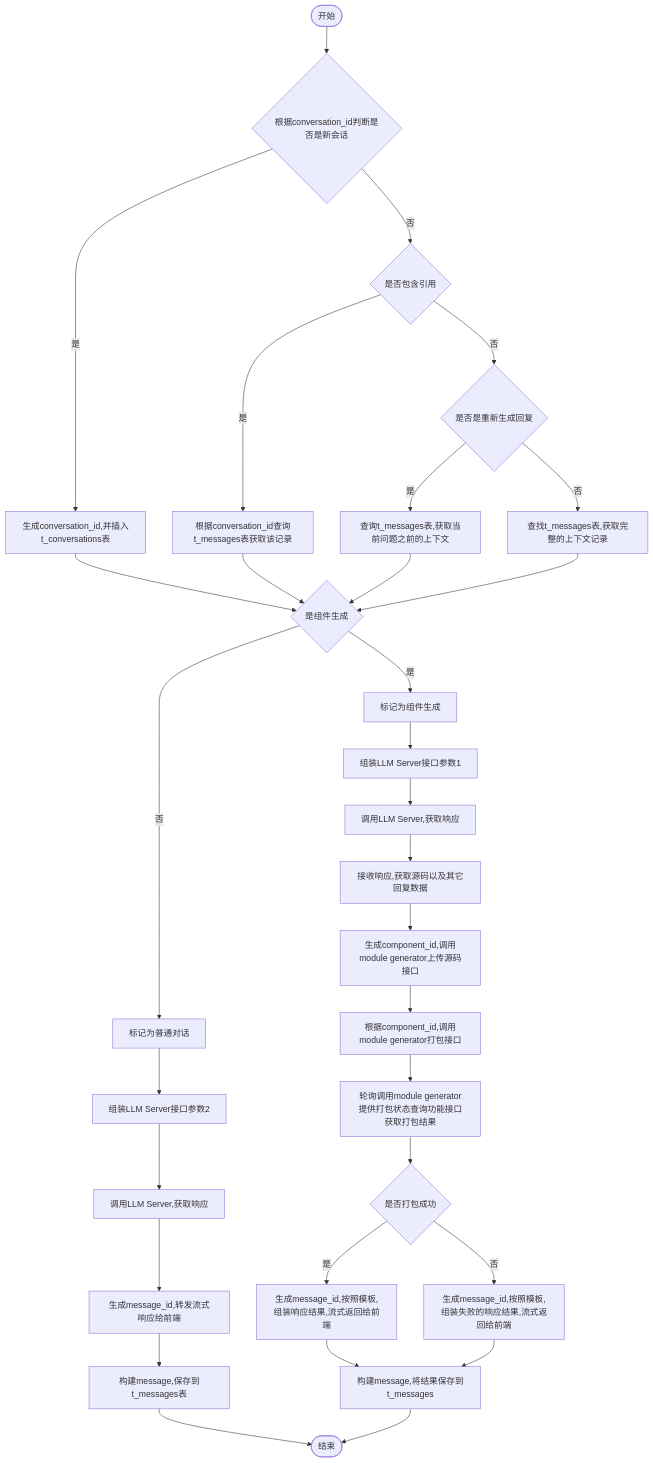
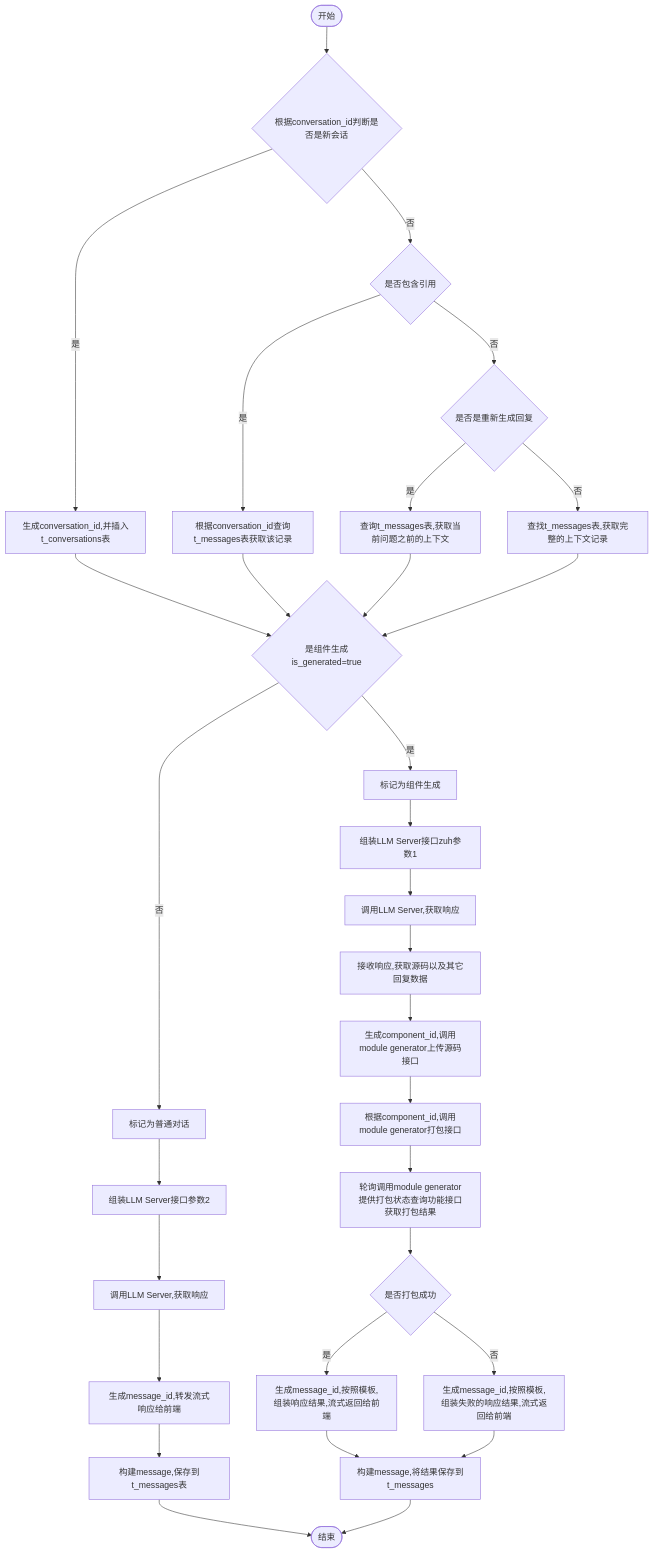
Before and after one commit to yingjianzh/iodraw-files: the diagram in all/v0.1.0会话.md, drawn with Mermaid.

Commit message:
2024-10-12 17:17:49 update

````diff
--- a/all/v0.1.0会话.md
+++ b/all/v0.1.0会话.md
@@ -1,34 +1,34 @@
 ```mermaid
 flowchart TD
     A([开始]) --> B{根据conversation_id判断是否是新会话}
     B -- 是 --> C[生成conversation_id,并插入t_conversations表]
     B -- 否 --> D{是否包含引用}
     D -- 是 --> E[根据conversation_id查询t_messages表获取该记录]
     D -- 否 --> F{是否是重新生成回复}
     F -- 是 --> G[查询t_messages表,获取当前问题之前的上下文]
     F -- 否 --> H[查找t_messages表,获取完整的上下文记录]
      
-    C & E & G & H --> I{是组件生成}
+    C & E & G & H --> I{是组件生成is_generated=true}
     I -- 是 --> J[标记为组件生成]
     I -- 否 --> K[标记为普通对话]
 
-    J --> L[组装LLM Server接口参数1]    
+    J --> L[组装LLM Server接口zuh参数1]    
     K --> M[组装LLM Server接口参数2]    
     M --> N[调用LLM Server,获取响应]    
     N --> O[生成message_id,转发流式响应给前端]
     O --> P[构建message,保存到t_messages表]
     P --> R([结束])
 
 
     L --> S[调用LLM Server,获取响应]
     S --> T[接收响应,获取源码以及其它回复数据]
     T --> U[生成component_id,调用module generator上传源码接口]
     U --> V[根据component_id,调用module generator打包接口]
     V --> W[轮询调用module generator提供打包状态查询功能接口获取打包结果]
     W --> X{是否打包成功}
     X -- 是 --> Y[生成message_id,按照模板,组装响应结果,流式返回给前端]
     X -- 否 --> Z[生成message_id,按照模板,组装失败的响应结果,流式返回给前端]
 
     Y & Z --> Result[构建message,将结果保存到t_messages]
     Result --> R
 ```
````
